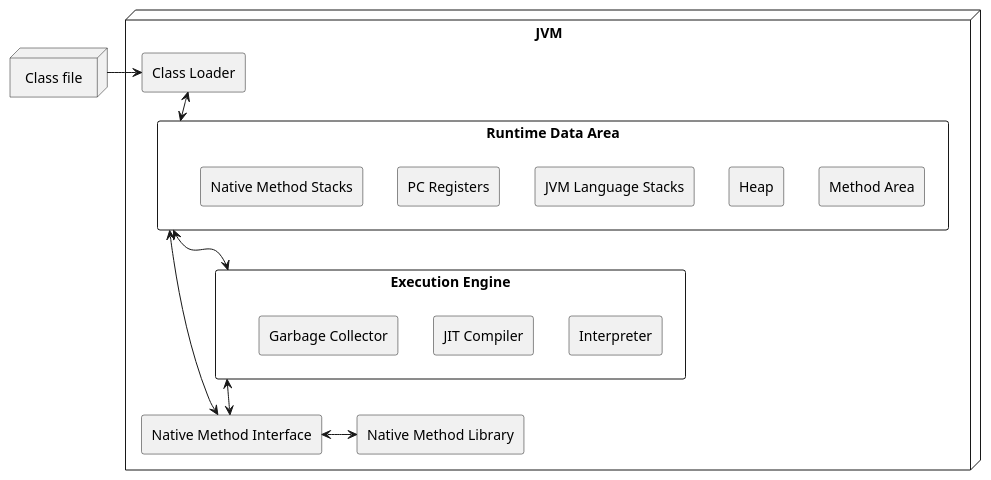
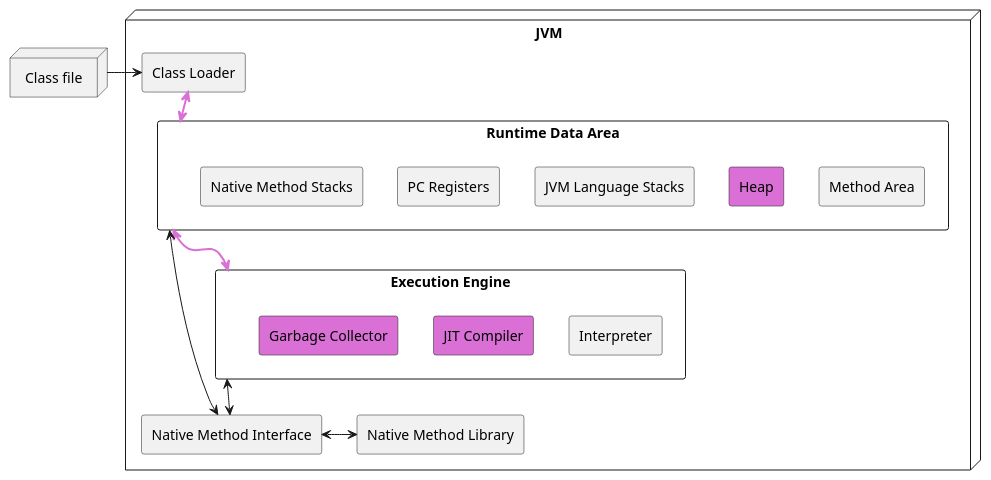
Before and after one commit to windowforsun/blog: the diagram in plantuml/java/concept-jvm-4.plantuml, drawn with PlantUML. The commit also changed 4 other files, not shown here.

```diff
--- a/plantuml/java/concept-jvm-4.plantuml
+++ b/plantuml/java/concept-jvm-4.plantuml
@@ -1,85 +1,84 @@
 @startuml
-
 package "Class file" <<Node>> {
 }
 
 package JVM <<Node>> {
 	package "Class Loader" <<Rectangle>> {
 	}
 
 	package "Runtime Data Area" <<Rectangle>> {
 		package "Method Area" <<Rectangle>> {
 		}
-		package "Heap" <<Rectangle>> {
+		package "Heap" <<Rectangle>> #Orchid {
 		}
 		package "JVM Language Stacks" <<Rectangle>> {
 		}
 		package "PC Registers" <<Rectangle>> {
 		}
 		package "Native Method Stacks" <<Rectangle>> {
 		}
 	}
 
 	package "Execution Engine" <<Rectangle>> {
 		package "Interpreter" <<Rectangle>> {
 		}
-		package "JIT Compiler" <<Rectangle>> {
+		package "JIT Compiler" <<Rectangle>> #Orchid {
 		}
-		package "Garbage Collector" <<Rectangle>> {
+		package "Garbage Collector" <<Rectangle>> #Orchid {
 		}
 	}
 
 	package "Native Method Interface" <<Rectangle>> {
 	}
 
 	package "Native Method Library" <<Rectangle>> {
 	}
 }
 
 
 "Class file" -right-> "Class Loader"
 
-"Class Loader" <--> "Runtime Data Area"
+"Class Loader" <-[thickness=2]-> "Runtime Data Area" #Orchid
 
-"Runtime Data Area" <--> "Execution Engine"
+"Runtime Data Area" <-[thickness=2]-> "Execution Engine" #Orchid
 
 "Runtime Data Area" <--> "Native Method Interface"
 
 "Execution Engine" <--> "Native Method Interface"
 
 "Native Method Interface" <-right-> "Native Method Library"
 
 
 'node "JVM" {
 '	[Class Loader]
 '
 '		package "Runtime Data Area" {
 '			[Method Area]
 '			[Heap]
 '			[JVM Language Stacks]
 '			[PC Registers]
 '			[Native Method Stacks]
 '		}
 '
 '
 '	package "Execution Engine" {
 '		[Interpreter]
 '		[JIT Compiler]
 '		[Garbage Collector]
 '	}
 '
 '	[Native Method Interface]
 '
 '	[Native Method Libraries]
 '}
 
 'class  <<Serializable>> {
 '
 '}
 '
 'hide member
 'hide method
 'hide <<Serializable>> circle
 
 
 @enduml
```
